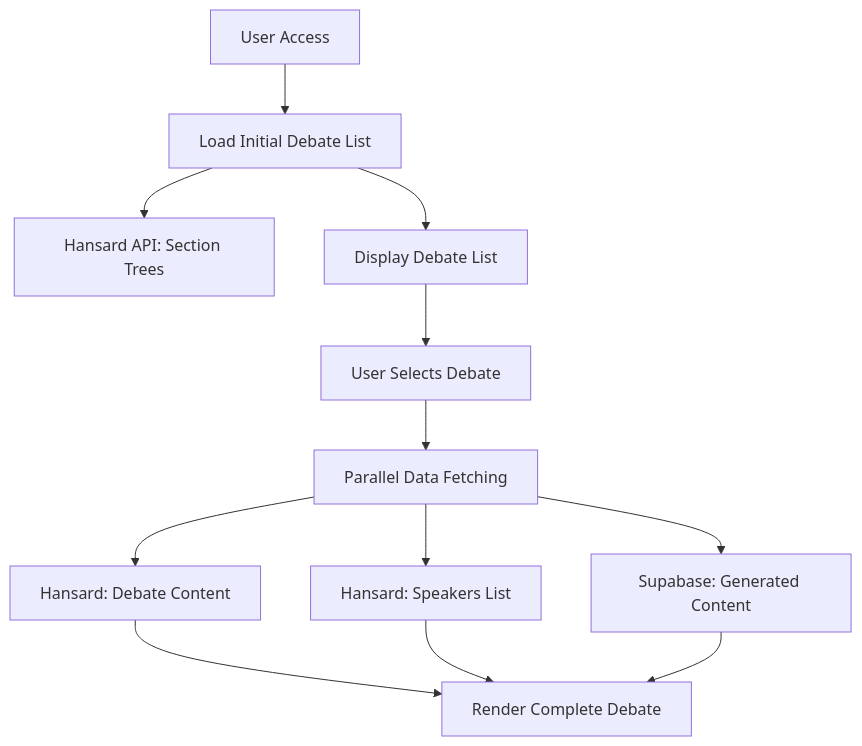
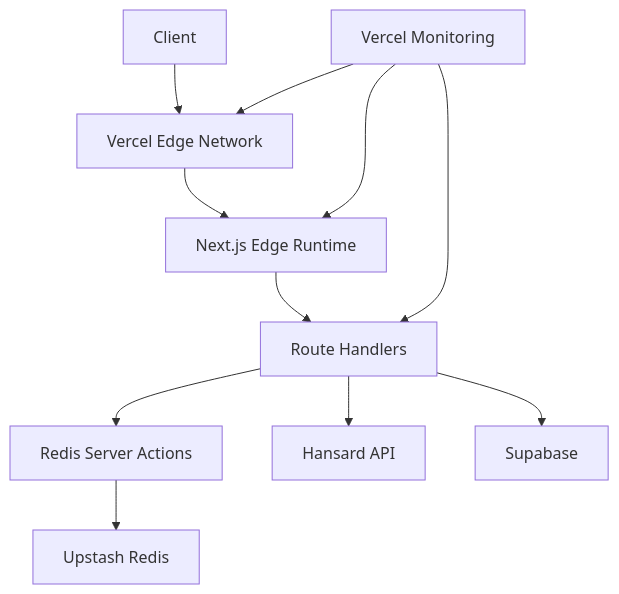
One commit to Blue-Cardigan/whatgov changed the diagram in simple-architecture.md. Above: the diagram before and after it, drawn with Mermaid. The commit also changed other lines of this file and 49 other files, not shown here.

````diff
--- a/simple-architecture.md
+++ b/simple-architecture.md
@@ -8,12 +8,11 @@
 ```mermaid
 graph TD
-    A[User Access] --> B[Load Initial Debate List]
-    B --> C[Hansard API: Section Trees]
-    B --> D[Display Debate List]
-    D --> E[User Selects Debate]
-    E --> F[Parallel Data Fetching]
-    F --> G[Hansard: Debate Content]
-    F --> H[Hansard: Speakers List]
-    F --> I[Supabase: Generated Content]
-    G & H & I --> J[Render Complete Debate]
+    A[Client] --> B[Vercel Edge Network]
+    B --> C[Next.js Edge Runtime]
+    C --> D[Route Handlers]
+    D --> E[Redis Server Actions]
+    E --> F[Upstash Redis]
+    D --> G[Hansard API]
+    D --> H[Supabase]
+    I[Vercel Monitoring] --> B & C & D
 ```
````
